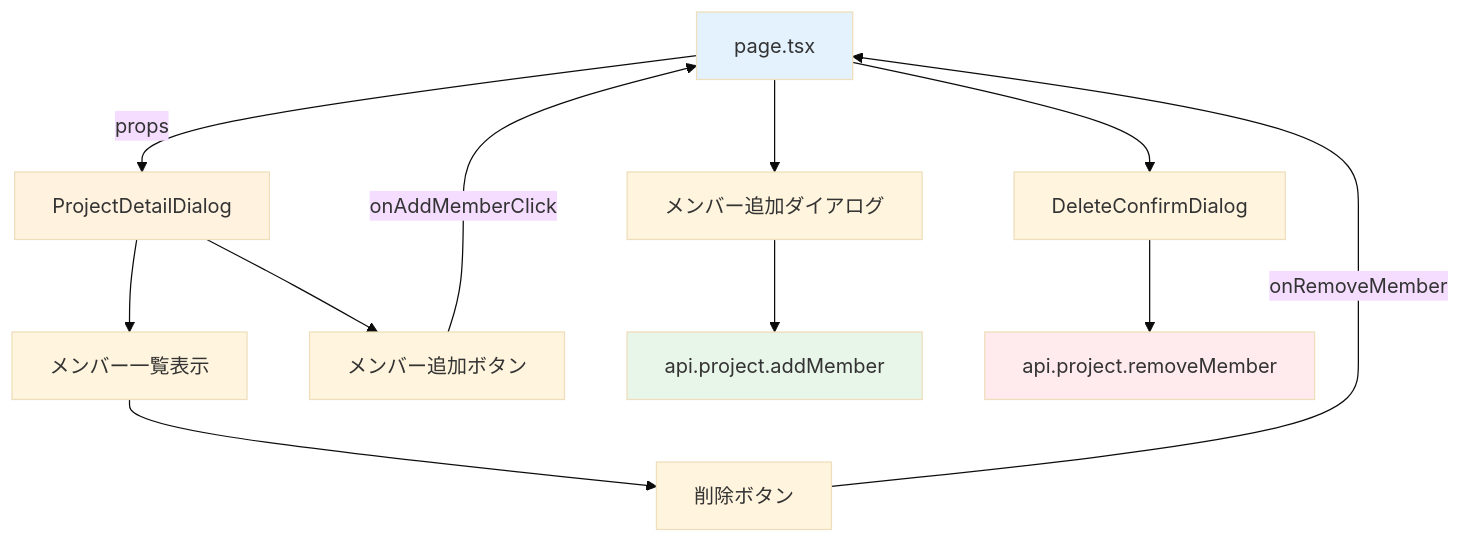
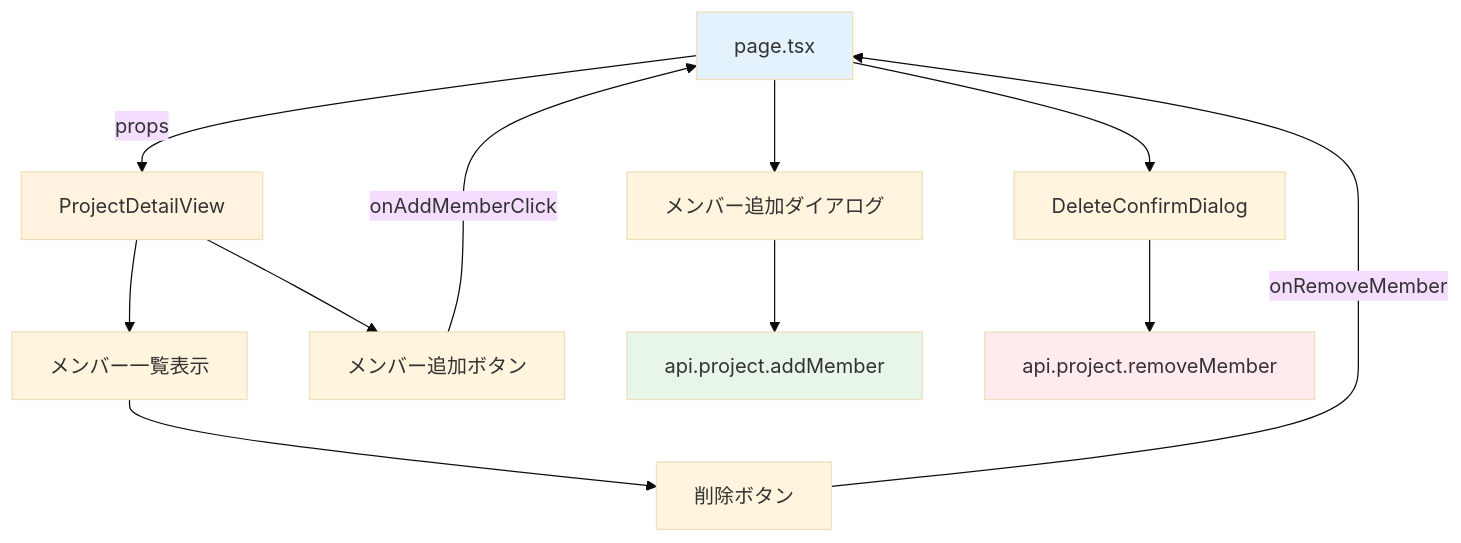
The diagram in material/30days-curriculum/day12_メンバー追加.md (kouiso/task-app), drawn with Mermaid (base theme) before and after one commit. The commit also changed other lines of this file and 4 other files, not shown here.

````diff
--- a/material/30days-curriculum/day12_メンバー追加.md
+++ b/material/30days-curriculum/day12_メンバー追加.md
@@ -24,18 +24,18 @@
 ```mermaid
 flowchart TD
-    A[page.tsx] -->|props| B[ProjectDetailDialog]
+    A[page.tsx] -->|props| B[ProjectDetailView]
     B --> C[メンバー一覧表示]
     B --> D[メンバー追加ボタン]
     D -->|onAddMemberClick| A
     A --> E[メンバー追加ダイアログ]
     E --> F[api.project.addMember]
     C --> G[削除ボタン]
     G -->|onRemoveMember| A
     A --> H[DeleteConfirmDialog]
     H --> I[api.project.removeMember]
 
     style A fill:#e3f2fd
     style B fill:#fff3e0
     style F fill:#e8f5e9
     style I fill:#ffebee
 ```
````
